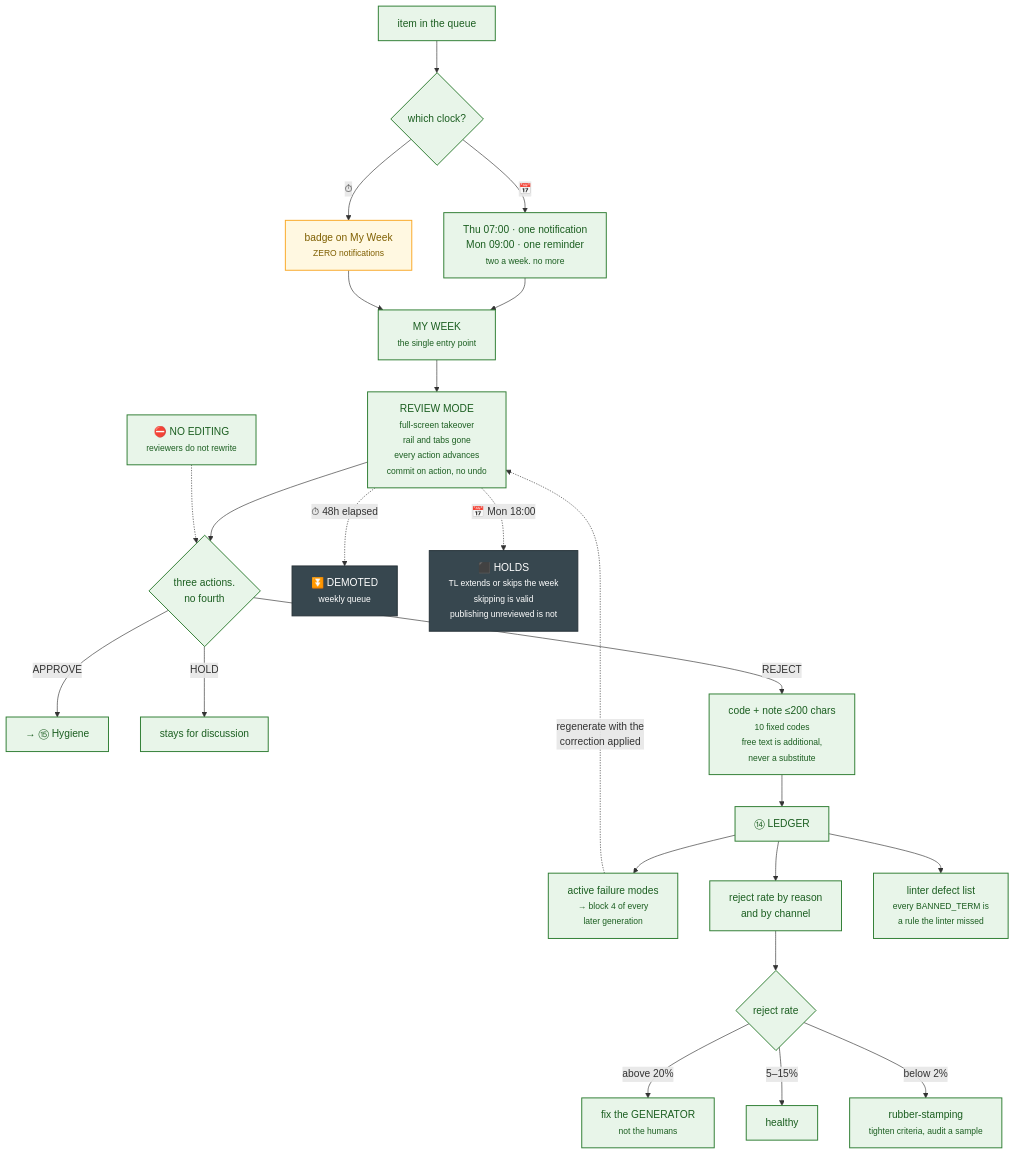
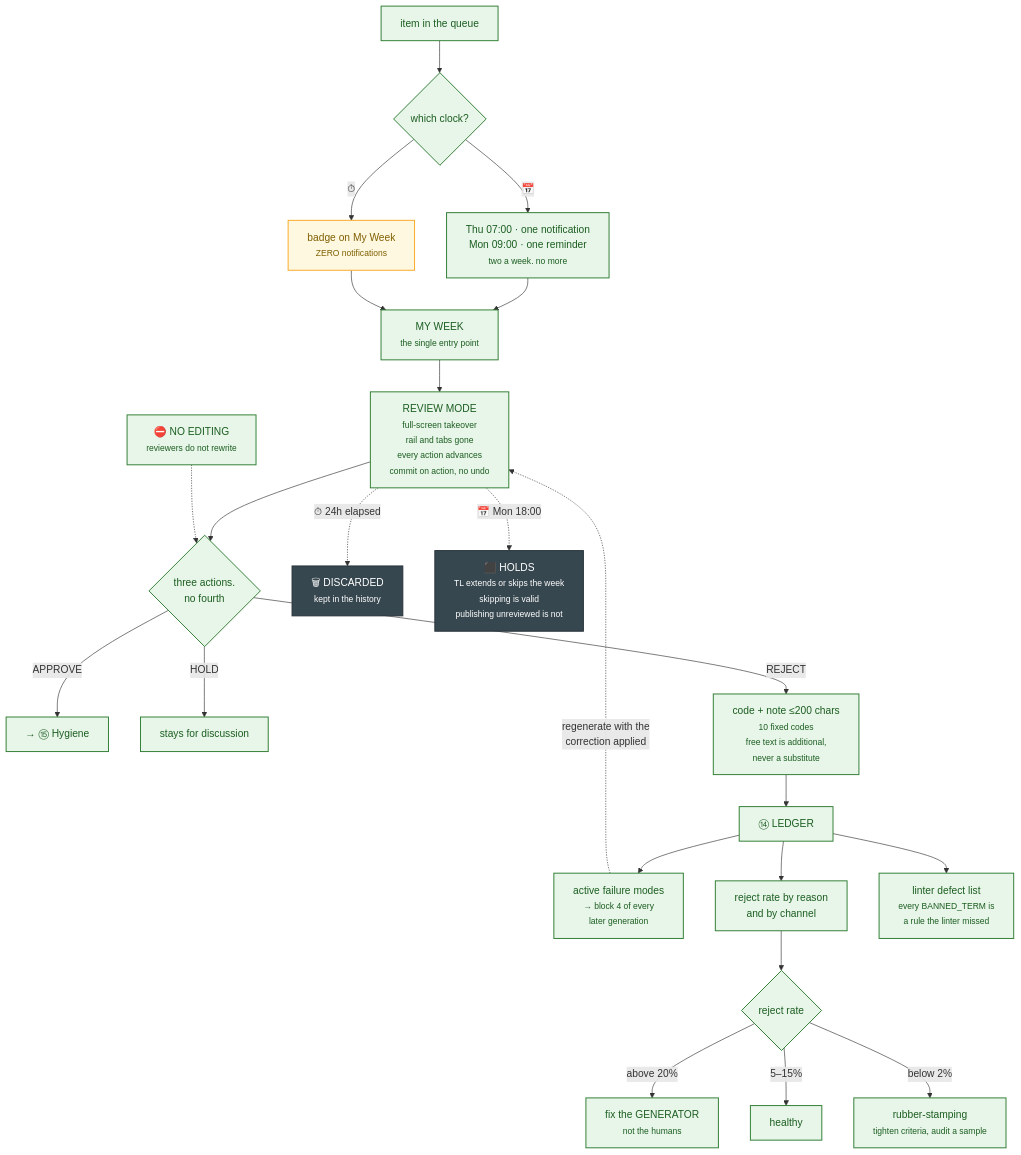
One commit to rathishreya/Caspr changed the eighth of 24 diagrams in docs/gtm/content-engine-flowchart.md. Above: the diagram before and after it, drawn with Mermaid. The commit also changed other lines of this file and 36 other files, not shown here.

````diff
--- a/docs/gtm/content-engine-flowchart.md
+++ b/docs/gtm/content-engine-flowchart.md
@@ -510,40 +510,40 @@
 ```mermaid
 flowchart TD
     Q["item in the queue"] --> ENTRY{"which clock?"}
     ENTRY -->|"📅"| N1["Thu 07:00 · one notification<br/>Mon 09:00 · one reminder<br/><small>two a week. no more</small>"]
     ENTRY -->|"⏱"| N2["badge on My Week<br/><small>ZERO notifications</small>"]
 
     N1 --> MW["MY WEEK<br/><small>the single entry point</small>"]
     N2 --> MW
     MW --> RM["REVIEW MODE<br/><small>full-screen takeover<br/>rail and tabs gone<br/>every action advances<br/>commit on action, no undo</small>"]
 
     RM --> ACT{"three actions.<br/>no fourth"}
     ACT -->|"APPROVE"| AP["→ ⑮ Hygiene"]
     ACT -->|"HOLD"| HD["stays for discussion"]
     ACT -->|"REJECT"| RJ
 
     RJ["code + note ≤200 chars<br/><small>10 fixed codes<br/>free text is additional,<br/>never a substitute</small>"]
     RJ --> LG["⑭ LEDGER"]
 
     LG --> M1["active failure modes<br/><small>→ block 4 of every<br/>later generation</small>"]
     LG --> M2["reject rate by reason<br/>and by channel"]
     LG --> M3["linter defect list<br/><small>every BANNED_TERM is<br/>a rule the linter missed</small>"]
 
     M1 -.->|"regenerate with the<br/>correction applied"| RM
     M2 --> HEALTH{"reject rate"}
     HEALTH -->|"above 20%"| H1["fix the GENERATOR<br/><small>not the humans</small>"]
     HEALTH -->|"5–15%"| H2["healthy"]
     HEALTH -->|"below 2%"| H3["rubber-stamping<br/><small>tighten criteria, audit a sample</small>"]
 
-    RM -.->|"⏱ 48h elapsed"| EX["⏬ DEMOTED<br/><small>weekly queue</small>"]
+    RM -.->|"⏱ 24h elapsed"| EX["🗑 DISCARDED<br/><small>kept in the history</small>"]
     RM -.->|"📅 Mon 18:00"| HO["⬛ HOLDS<br/><small>TL extends or skips the week<br/>skipping is valid<br/>publishing unreviewed is not</small>"]
 
     NOEDIT["⛔ NO EDITING<br/><small>reviewers do not rewrite</small>"] -.-> ACT
 
     classDef joy fill:#e8f5e9,stroke:#2e7d32,stroke-width:1.5px,color:#1b5e20
     classDef new fill:#fff8e1,stroke:#f9a825,stroke-width:1.5px,color:#7f5f00
     classDef stop fill:#37474f,stroke:#263238,stroke-width:1.5px,color:#ffffff
     class Q,ENTRY,N1,MW,RM,ACT,AP,HD,RJ,LG,M1,M2,M3,HEALTH,H1,H2,H3,NOEDIT joy
     class N2 new
     class EX,HO stop
 ```
````
